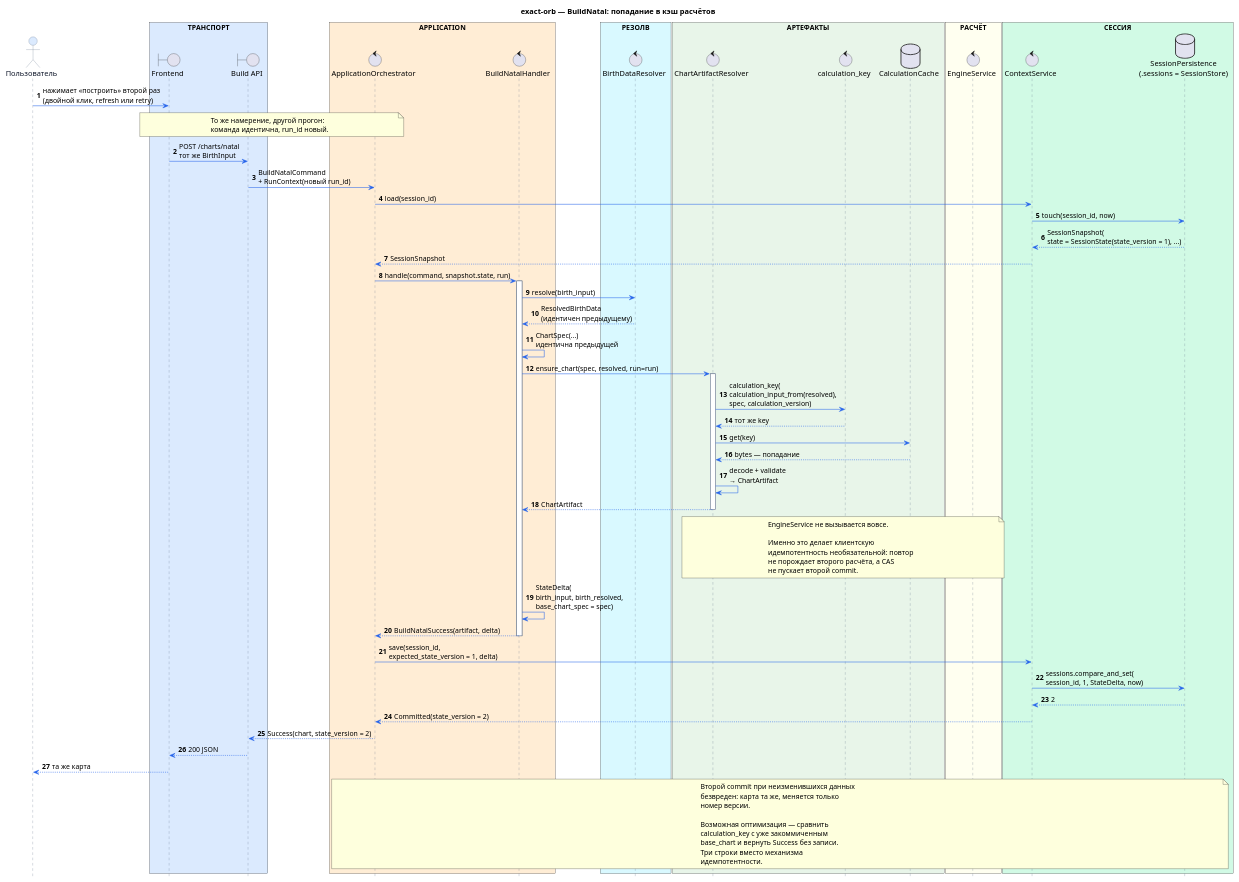
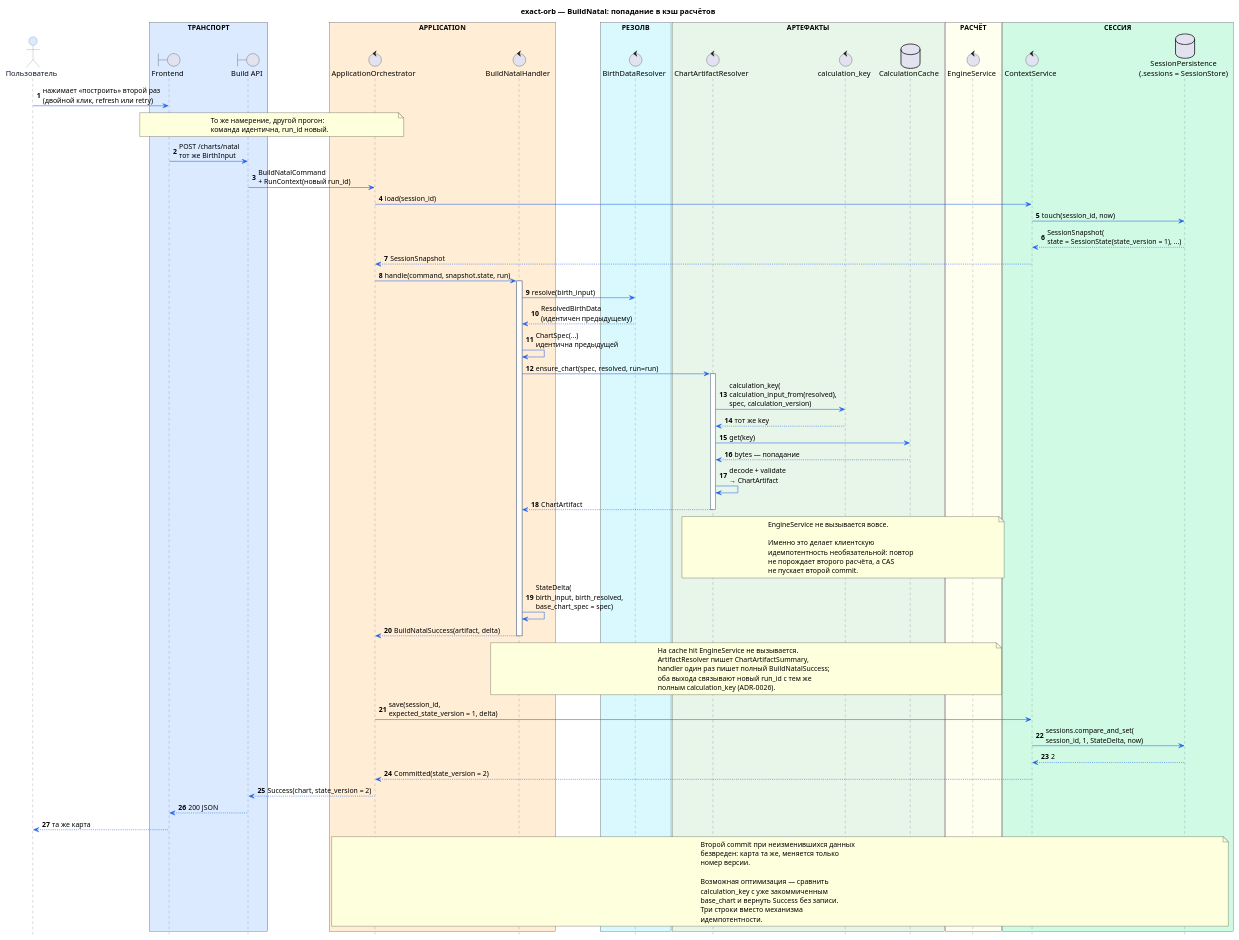
The diagram in docs/sequence_diagrams/build_natal/002-build_natal_cache_hit.puml (ksenia-baranova/exact-orb-demo), drawn with PlantUML before and after one commit. The commit also changed 32 other files, not shown here.

```diff
--- a/docs/sequence_diagrams/build_natal/002-build_natal_cache_hit.puml
+++ b/docs/sequence_diagrams/build_natal/002-build_natal_cache_hit.puml
@@ -1,139 +1,147 @@
 @startuml
 title exact-orb — BuildNatal: попадание в кэш расчётов
 
 ' Повторный запрос с теми же данными: спека и ResolvedBirthData совпадают,
 ' значит совпадает calculation_key. Движок не вызывается.
 
 autonumber
 hide footbox
 
 skinparam shadowing false
 skinparam responseMessageBelowArrow true
 
 skinparam sequence {
     ArrowColor #2563EB
     LifeLineBorderColor #64748B
     LifeLineBackgroundColor #FFFFFF
 
     ParticipantBorderColor #64748B
     ParticipantFontColor #0F172A
     ParticipantBackgroundColor #F8FAFC
 
     ActorBorderColor #64748B
     ActorFontColor #0F172A
     ActorBackgroundColor #DBEAFE
 
     GroupBorderColor #94A3B8
     GroupHeaderFontColor #1E293B
 
     DividerBorderColor #94A3B8
     DividerFontColor #1E293B
 
     NoteBorderColor #94A3B8
     NoteBackgroundColor #FFFBEA
     NoteFontColor #334155
 }
 
 actor "Пользователь" as User
 
 box "ТРАНСПОРТ" #DBEAFE
     boundary "Frontend" as FE
     boundary "Build API" as API
 end box
 
 box "APPLICATION" #FFEDD5
     control "ApplicationOrchestrator" as Orch
     control "BuildNatalHandler" as Handler
 end box
 
 box "РЕЗОЛВ" #D9F9FF
     control "BirthDataResolver" as Resolver
 end box
 
 box "АРТЕФАКТЫ" #E8F5E9
     control "ChartArtifactResolver" as Artifacts
     control "calculation_key" as Keys
     database "CalculationCache" as Cache
 end box
 
 box "РАСЧЁТ" #FFFFF0
     control "EngineService" as Engine
 end box
 
 box "СЕССИЯ" #D1FAE5
     control "ContextService" as Context
     database "SessionPersistence\n(.sessions = SessionStore)" as Store
 end box
 
 
 User -> FE : нажимает «построить» второй раз\n(двойной клик, refresh или retry)
 
 note over FE, Orch
 То же намерение, другой прогон:
 команда идентична, run_id новый.
 end note
 FE -> API : POST /charts/natal\nтот же BirthInput
 API -> Orch : BuildNatalCommand\n+ RunContext(новый run_id)
 
 Orch -> Context : load(session_id)
 Context -> Store : touch(session_id, now)
 Store --> Context : SessionSnapshot(\nstate = SessionState(state_version = 1), ...)
 Context --> Orch : SessionSnapshot
 
 Orch -> Handler : handle(command, snapshot.state, run)
 activate Handler
 
 Handler -> Resolver : resolve(birth_input)
 Resolver --> Handler : ResolvedBirthData\n(идентичен предыдущему)
 
 Handler -> Handler : ChartSpec(...)\nидентична предыдущей
 
 Handler -> Artifacts : ensure_chart(spec, resolved, run=run)
 activate Artifacts
 
 Artifacts -> Keys : calculation_key(\ncalculation_input_from(resolved),\nspec, calculation_version)
 Keys --> Artifacts : тот же key
 
 Artifacts -> Cache : get(key)
 Cache --> Artifacts : bytes — попадание
 Artifacts -> Artifacts : decode + validate\n→ ChartArtifact
 
 Artifacts --> Handler : ChartArtifact
 deactivate Artifacts
 
 note over Artifacts, Engine
 EngineService не вызывается вовсе.
 
 Именно это делает клиентскую
 идемпотентность необязательной: повтор
 не порождает второго расчёта, а CAS
 не пускает второй commit.
 end note
 
 Handler -> Handler : StateDelta(\nbirth_input, birth_resolved,\nbase_chart_spec = spec)
 
 Handler --> Orch : BuildNatalSuccess(artifact, delta)
 deactivate Handler
 
+note over Handler, Engine
+На cache hit EngineService не вызывается.
+ArtifactResolver пишет ChartArtifactSummary,
+handler один раз пишет полный BuildNatalSuccess;
+оба выхода связывают новый run_id с тем же
+полным calculation_key (ADR-0026).
+end note
+
 Orch -> Context : save(session_id,\nexpected_state_version = 1, delta)
 Context -> Store : sessions.compare_and_set(\nsession_id, 1, StateDelta, now)
 Store --> Context : 2
 Context --> Orch : Committed(state_version = 2)
 
 Orch --> API : Success(chart, state_version = 2)
 API --> FE : 200 JSON
 FE --> User : та же карта
 
 note over Orch, Store
 Второй commit при неизменившихся данных
 безвреден: карта та же, меняется только
 номер версии.
 
 Возможная оптимизация — сравнить
 calculation_key с уже закоммиченным
 base_chart и вернуть Success без записи.
 Три строки вместо механизма
 идемпотентности.
 end note
 
 @enduml
```
